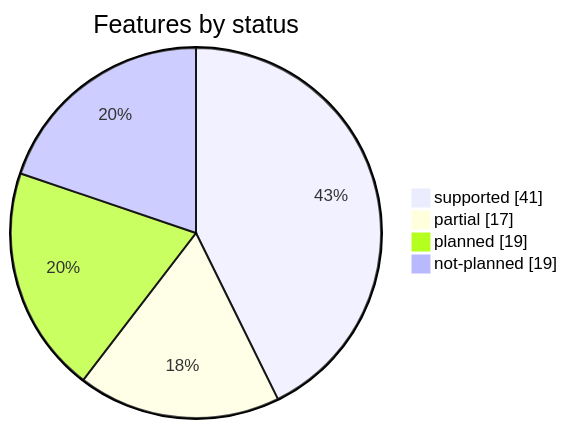
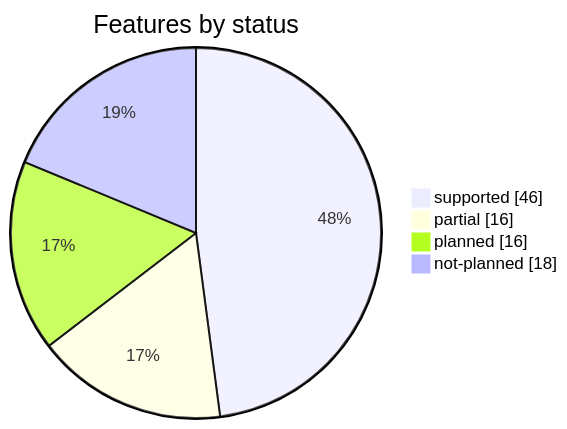
Before and after one commit to rafaelvieiras/tinyfin: the second of 2 diagrams in docs/COVERAGE.md, drawn with Mermaid. The commit also changed other lines of this file and 27 other files, not shown here.

````diff
--- a/docs/COVERAGE.md
+++ b/docs/COVERAGE.md
@@ -45,7 +45,7 @@
 ```mermaid
 pie showData title Features by status
-    "supported" : 41
-    "partial" : 17
-    "planned" : 19
-    "not-planned" : 19
+    "supported" : 46
+    "partial" : 16
+    "planned" : 16
+    "not-planned" : 18
 ```
````
